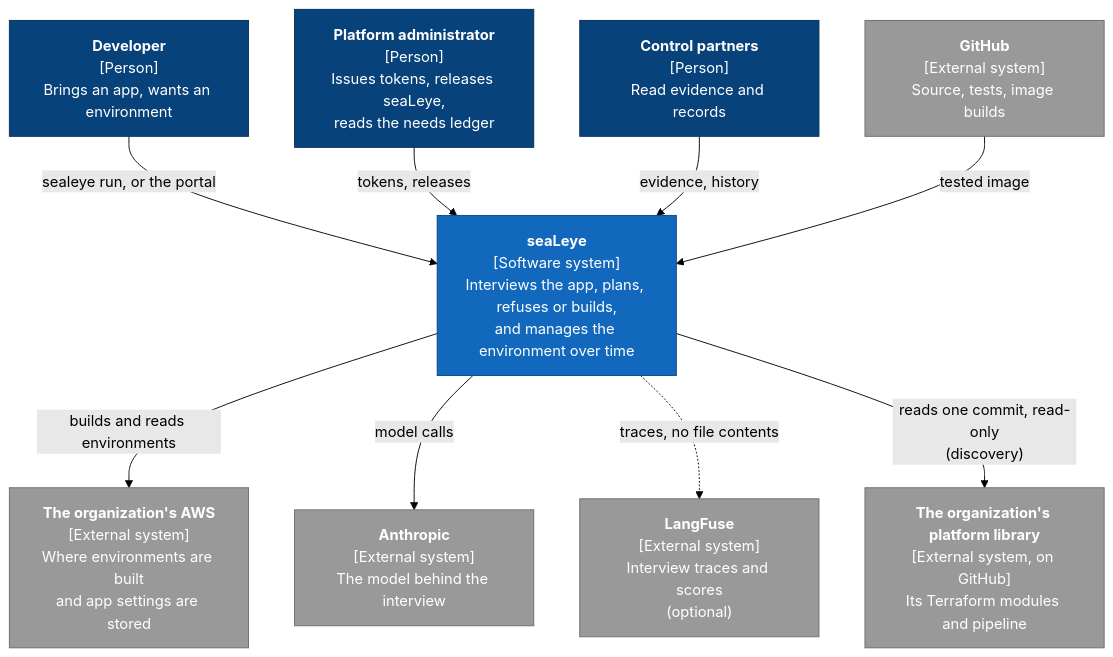
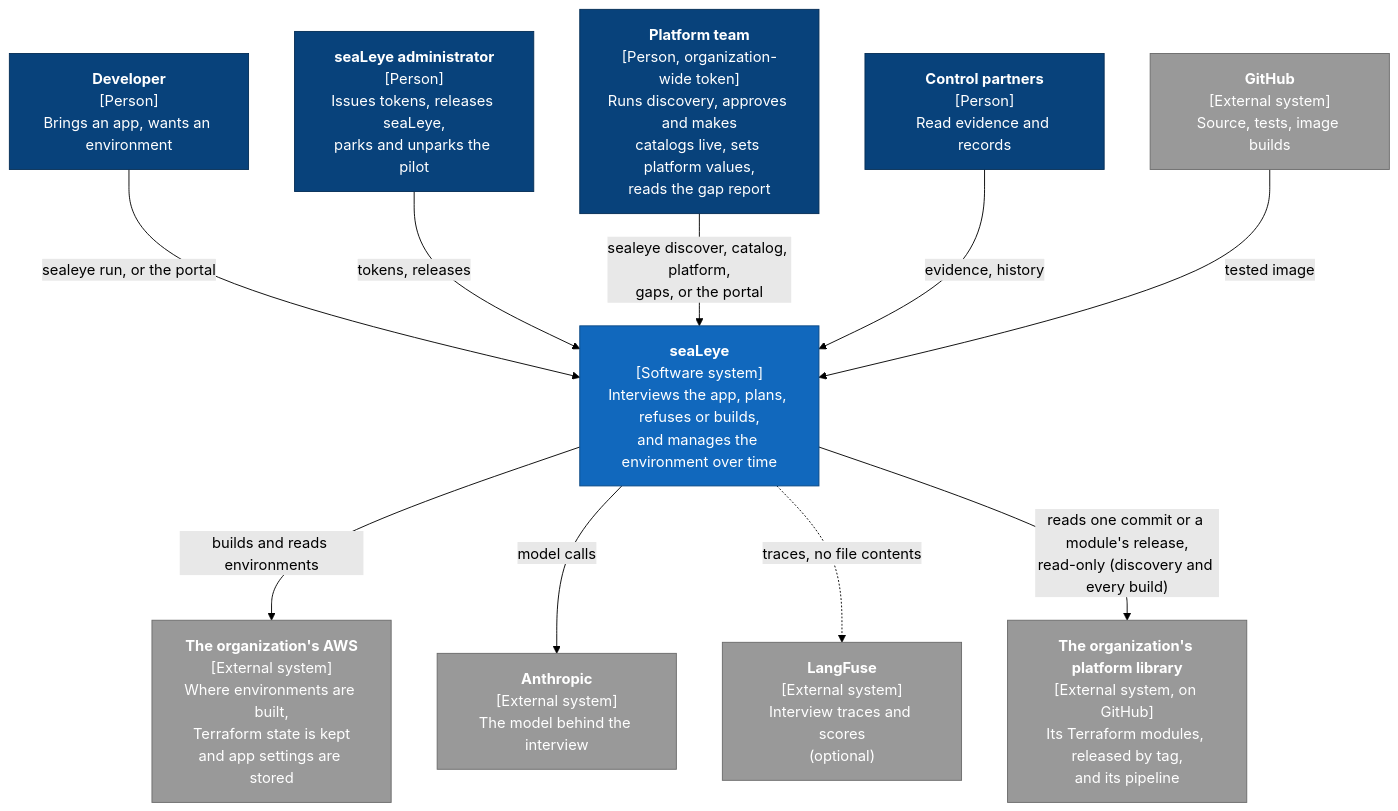
Before and after one commit to GregKliewer/sealeye: the first of 13 diagrams in docs/ARCHITECTURE.md, drawn with Mermaid (forest theme). The commit also changed other lines of this file, not shown here.

Commit message:
Architecture: context names the platform team and the second backend
The context diagram had no actor for discovery, approval, platform values or the
gap report, and the goals still said one backend. The library is read at every
Terraform build, at the release the catalog names, not only by discovery.

Claude-Session: https://claude.ai/code/session_018qpsyTNJy8k7BBRxTih5A5

````diff
--- a/docs/ARCHITECTURE.md
+++ b/docs/ARCHITECTURE.md
@@ -64,30 +67,32 @@
 ```mermaid
 flowchart TB
   dev["<b>Developer</b><br/>[Person]<br/>Brings an app, wants an environment"]
-  admin["<b>Platform administrator</b><br/>[Person]<br/>Issues tokens, releases seaLeye,<br/>reads the needs ledger"]
+  admin["<b>seaLeye administrator</b><br/>[Person]<br/>Issues tokens, releases seaLeye,<br/>parks and unparks the pilot"]
+  platform["<b>Platform team</b><br/>[Person, organization-wide token]<br/>Runs discovery, approves and makes<br/>catalogs live, sets platform values,<br/>reads the gap report"]
   control["<b>Control partners</b><br/>[Person]<br/>Read evidence and records"]
 
   sealeye["<b>seaLeye</b><br/>[Software system]<br/>Interviews the app, plans, refuses or builds,<br/>and manages the environment over time"]
 
-  aws["<b>The organization's AWS</b><br/>[External system]<br/>Where environments are built<br/>and app settings are stored"]
+  aws["<b>The organization's AWS</b><br/>[External system]<br/>Where environments are built,<br/>Terraform state is kept<br/>and app settings are stored"]
   anthropic["<b>Anthropic</b><br/>[External system]<br/>The model behind the interview"]
   langfuse["<b>LangFuse</b><br/>[External system]<br/>Interview traces and scores<br/>(optional)"]
   github["<b>GitHub</b><br/>[External system]<br/>Source, tests, image builds"]
-  library["<b>The organization's platform library</b><br/>[External system, on GitHub]<br/>Its Terraform modules and pipeline"]
+  library["<b>The organization's platform library</b><br/>[External system, on GitHub]<br/>Its Terraform modules, released by tag,<br/>and its pipeline"]
 
   dev -- "sealeye run, or the portal" --> sealeye
   admin -- "tokens, releases" --> sealeye
+  platform -- "sealeye discover, catalog, platform,<br/>gaps, or the portal" --> sealeye
   control -- "evidence, history" --> sealeye
   sealeye -- "builds and reads environments" --> aws
   sealeye -- "model calls" --> anthropic
   sealeye -. "traces, no file contents" .-> langfuse
   github -- "tested image" --> sealeye
-  sealeye -- "reads one commit, read-only<br/>(discovery)" --> library
+  sealeye -- "reads one commit or a module's release,<br/>read-only (discovery and every build)" --> library
 
   classDef person fill:#08427b,stroke:#052e56,color:#fff
   classDef system fill:#1168bd,stroke:#0b4884,color:#fff
   classDef external fill:#999,stroke:#6b6b6b,color:#fff
-  class dev,admin,control person
+  class dev,admin,platform,control person
   class sealeye system
   class aws,anthropic,langfuse,github,library external
 ```
````
